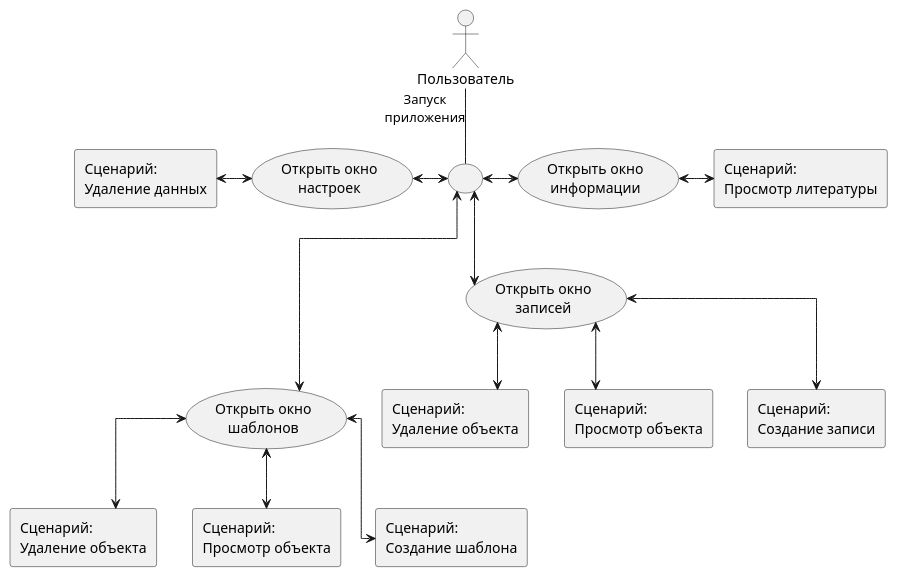
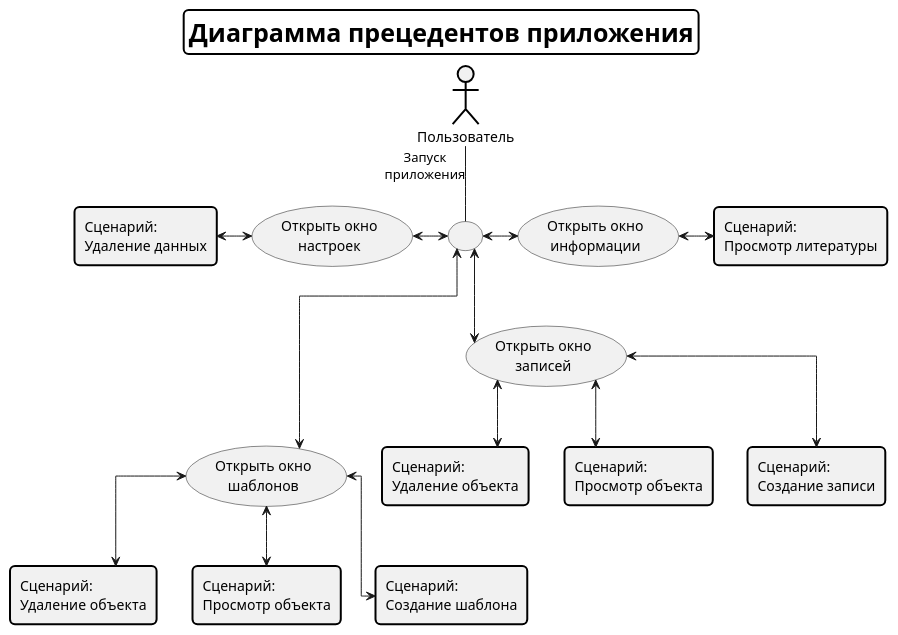
Before and after one commit to ethernet389/MAI-2: the diagram in diagrams/precedents/select_window.puml, drawn with PlantUML. The commit also changed 5 other files, not shown here.

Commit message:
Add modules.puml and add titles to diagrams

```diff
--- a/diagrams/precedents/select_window.puml
+++ b/diagrams/precedents/select_window.puml
@@ -1,43 +1,51 @@
 @startuml
 
 skinparam linetype ortho
+
+skinparam linetype ortho
+skinparam titleBorderRoundCorner 10
+skinparam titleBorderThickness 2
+skinparam titleBorderColor black
+skinparam titleFontSize 25
+
+title Диаграмма прецедентов приложения
 
 actor Пользователь as user
 /' Windows '/
 (Открыть окно\nшаблонов) as template_window
 (Открыть окно\nзаписей) as note_window
 (Открыть окно\nинформации) as info_window
 (Открыть окно\nнастроек) as settings_window
 
 ( ) as empty_knot
 
 rectangle "Сценарий:\nУдаление объекта" as delete_object1
 rectangle "Сценарий:\nУдаление объекта" as delete_object2
 rectangle "Сценарий:\nПросмотр объекта" as view_object1
 rectangle "Сценарий:\nПросмотр объекта" as view_object2
 
 rectangle "Сценарий:\nСоздание записи" as create_note
 rectangle "Сценарий:\nСоздание шаблона" as create_template
 rectangle "Сценарий:\nУдаление данных" as delete_data
 rectangle "Сценарий:\nПросмотр литературы" as view_literature
 
 user -- empty_knot: Запуск\nприложения
 
 empty_knot <--d-> template_window
 empty_knot <-d-> note_window
 empty_knot <-r-> info_window
 empty_knot <-l-> settings_window
 
 note_window <-d-> create_note
 note_window <-d-> delete_object1
 note_window <-d-> view_object1
 
 template_window <-d-> delete_object2
 template_window <-d-> view_object2
 template_window <-d-> create_template
 
 info_window <-r-> view_literature
 
 settings_window <-l-> delete_data
 
 @enduml
```
